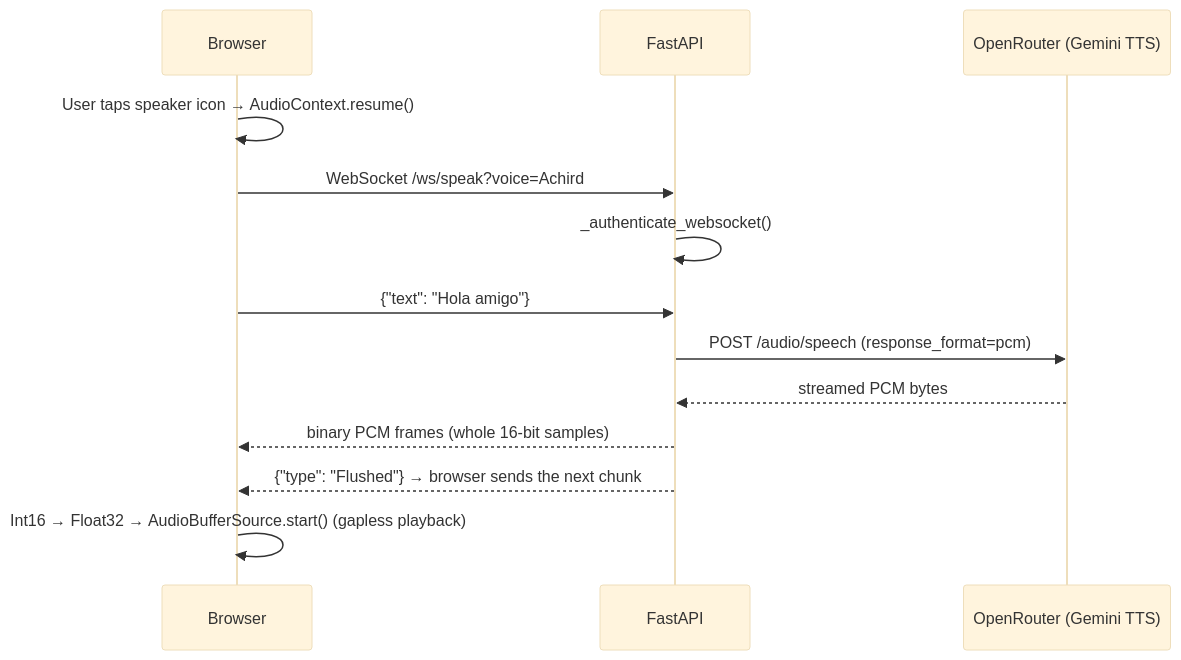
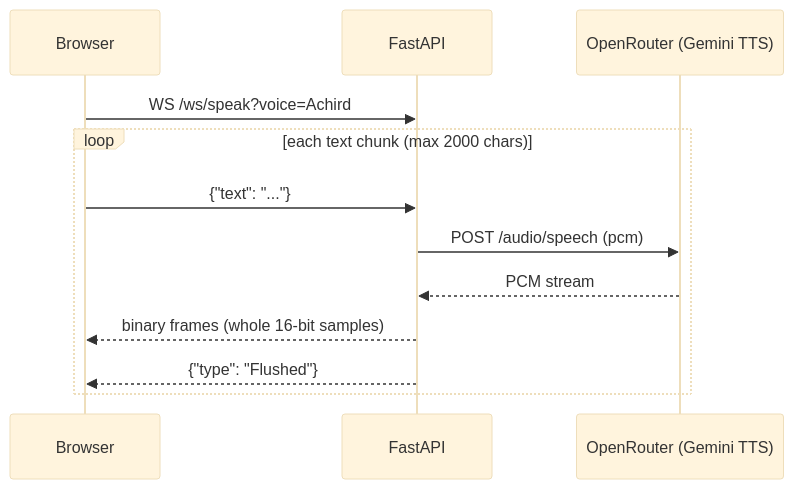
One commit to darth-dodo/habla-hermano changed the eighth of 9 diagrams in docs/architecture.md. Above: the diagram before and after it, drawn with Mermaid (base theme). The commit also changed other lines of this file and 10 other files, not shown here.

````diff
--- a/docs/architecture.md
+++ b/docs/architecture.md
@@ -362,16 +180,14 @@
 ```mermaid
 sequenceDiagram
     participant B as Browser
     participant F as FastAPI
     participant O as OpenRouter (Gemini TTS)
-
-    B->>B: User taps speaker icon → AudioContext.resume()
-    B->>F: WebSocket /ws/speak?voice=Achird
-    F->>F: _authenticate_websocket()
-    B->>F: {"text": "Hola amigo"}
-    F->>O: POST /audio/speech (response_format=pcm)
-    O-->>F: streamed PCM bytes
-    F-->>B: binary PCM frames (whole 16-bit samples)
-    F-->>B: {"type": "Flushed"} → browser sends the next chunk
-    B->>B: Int16 → Float32 → AudioBufferSource.start() (gapless playback)
+    B->>F: WS /ws/speak?voice=Achird
+    loop each text chunk (max 2000 chars)
+        B->>F: {"text": "..."}
+        F->>O: POST /audio/speech (pcm)
+        O-->>F: PCM stream
+        F-->>B: binary frames (whole 16-bit samples)
+        F-->>B: {"type": "Flushed"}
+    end
 ```
````
